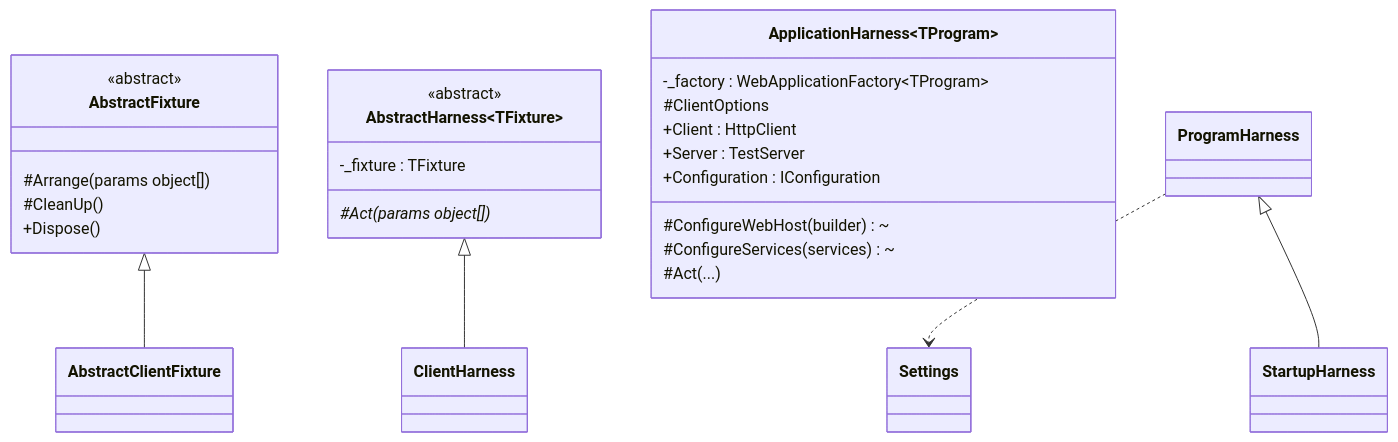
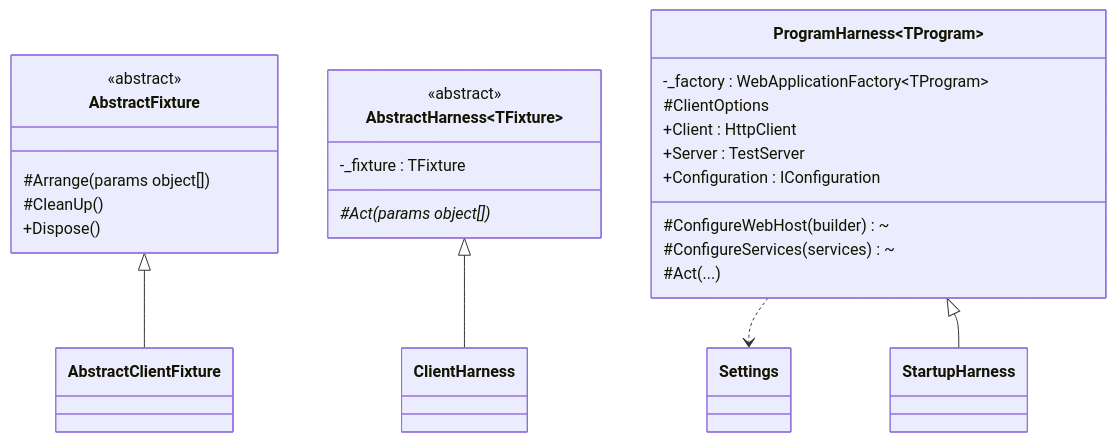
One commit to john-maurer/Maurer.XUnit.Utilities changed the first of 3 diagrams in README.md. Above: the diagram before and after it, drawn with Mermaid.

Commit message:
fun with diagrams

````diff
--- a/README.md
+++ b/README.md
@@ -121,28 +121,28 @@
 ```mermaid
 classDiagram
 class AbstractFixture {
   <<abstract>>
   #Arrange(params object[])
   #CleanUp()
   +Dispose()
 }
 class AbstractHarness~TFixture~ {
   <<abstract>>
   -_fixture : TFixture
   #Act(params object[])*
 }
-class ApplicationHarness~TProgram~ {
+class ProgramHarness~TProgram~ {
   -_factory : WebApplicationFactory~TProgram~
   #ConfigureWebHost(builder)~
   #ConfigureServices(services)~
   #ClientOptions
   #Act(...)
   +Client : HttpClient
   +Server : TestServer
   +Configuration : IConfiguration
 }
 AbstractHarness <|-- ClientHarness
 AbstractFixture <|-- AbstractClientFixture
 ProgramHarness ..> Settings
 ProgramHarness <|-- StartupHarness
 ```
````
